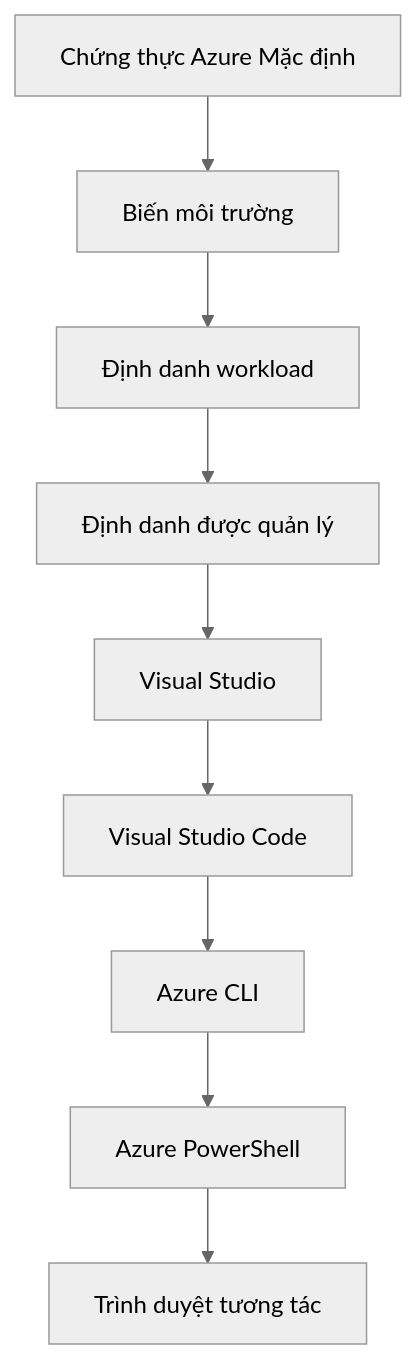
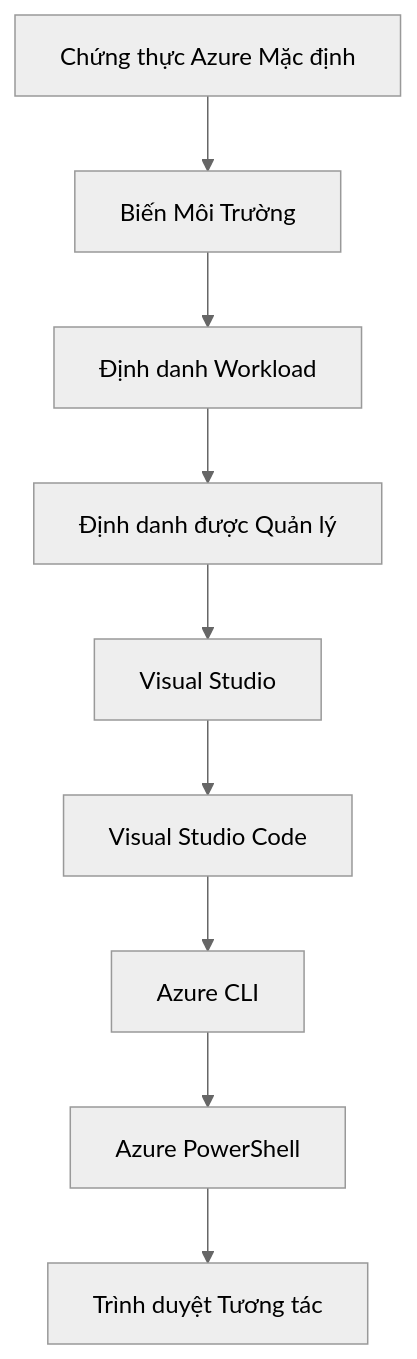
Before and after one commit to microsoft/AZD-for-beginners: the second of 2 diagrams in translations/vi/docs/chapter-01-foundation/azd-basics.md, drawn with Mermaid (neutral theme). The commit also changed other lines of this file and 101 other files, not shown here.

````diff
--- a/translations/vi/docs/chapter-01-foundation/azd-basics.md
+++ b/translations/vi/docs/chapter-01-foundation/azd-basics.md
@@ -593,11 +593,11 @@
 ```mermaid
 graph TD
-    A[Chứng thực Azure Mặc định] --> B[Biến môi trường]
-    B --> C[Định danh workload]
-    C --> D[Định danh được quản lý]
+    A[Chứng thực Azure Mặc định] --> B[Biến Môi Trường]
+    B --> C[Định danh Workload]
+    C --> D[Định danh được Quản lý]
     D --> E[Visual Studio]
     E --> F[Visual Studio Code]
     F --> G[Azure CLI]
     G --> H[Azure PowerShell]
-    H --> I[Trình duyệt tương tác]
+    H --> I[Trình duyệt Tương tác]
 ```
````
